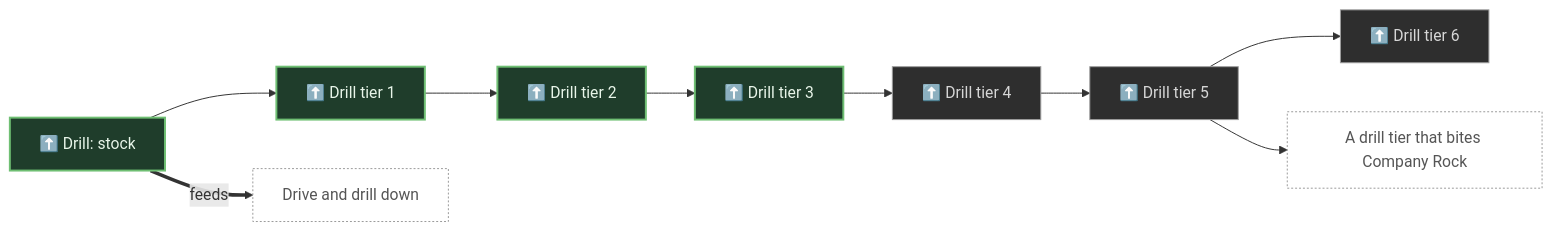
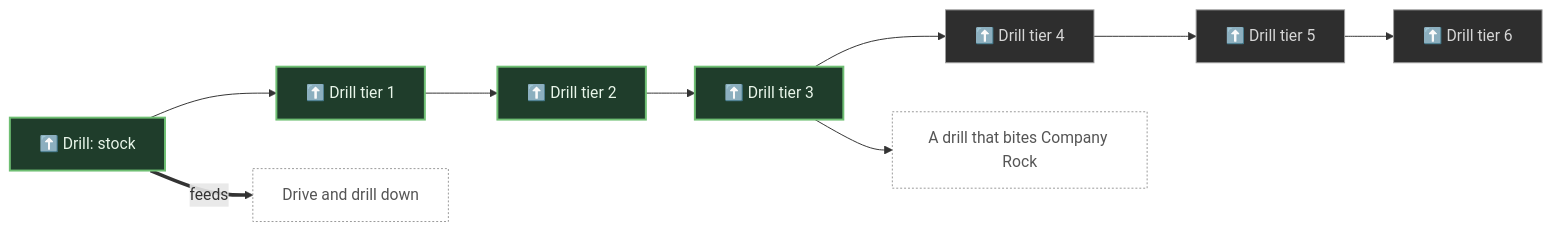
One commit to pkeppeler/deepcharter changed the fourth of 30 diagrams in docs/FEATURE-MAP.md. Above: the diagram before and after it, drawn with Mermaid. The commit also changed other lines of this file and 26 other files, not shown here.

First line of the commit message:
Shaped charge and a drill that bites Company Rock (#526)

````diff
--- a/docs/FEATURE-MAP.md
+++ b/docs/FEATURE-MAP.md
@@ -331,28 +329,28 @@
 ```mermaid
 flowchart LR
   n_drill_stock["⬆️ Drill: stock"]
   n_drill_t1["⬆️ Drill tier 1"]
   n_drill_t2["⬆️ Drill tier 2"]
   n_drill_t3["⬆️ Drill tier 3"]
   n_drill_t4["⬆️ Drill tier 4"]
   n_drill_t5["⬆️ Drill tier 5"]
   n_drill_t6["⬆️ Drill tier 6"]
   n_dig_down["Drive and drill down"]
-  n_rock_drill_tier["A drill tier that bites Company Rock"]
+  n_rock_drill_tier["A drill that bites Company Rock"]
   n_drill_stock == feeds ==> n_dig_down
   n_drill_stock --> n_drill_t1
   n_drill_t1 --> n_drill_t2
   n_drill_t2 --> n_drill_t3
   n_drill_t3 --> n_drill_t4
+  n_drill_t3 --> n_rock_drill_tier
   n_drill_t4 --> n_drill_t5
   n_drill_t5 --> n_drill_t6
-  n_drill_t5 --> n_rock_drill_tier
   classDef built fill:#1f3d2b,stroke:#6fbf73,stroke-width:2px,color:#e8f5e9
   classDef progress fill:#4a3a10,stroke:#f0b429,stroke-width:2px,color:#fff3d6
   classDef planned fill:#2e2e2e,stroke:#9e9e9e,stroke-width:1px,color:#d6d6d6
   classDef idea fill:#1a1a1a,stroke:#757575,stroke-width:1px,stroke-dasharray:4 3,color:#a0a0a0
   classDef ext fill:#ffffff,stroke:#999999,stroke-width:1px,stroke-dasharray:2 2,color:#555555
   class n_drill_stock,n_drill_t1,n_drill_t2,n_drill_t3 built
   class n_drill_t4,n_drill_t5,n_drill_t6 planned
   class n_dig_down,n_rock_drill_tier ext
 ```
````
